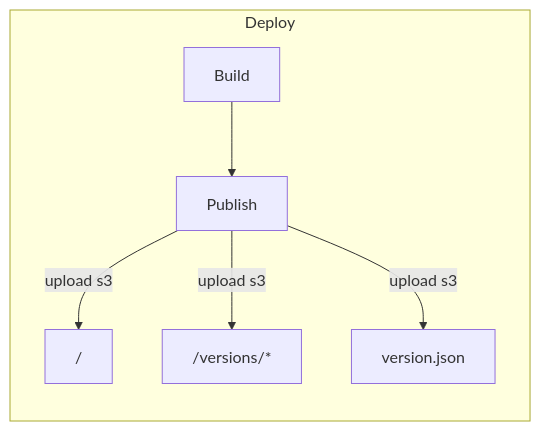
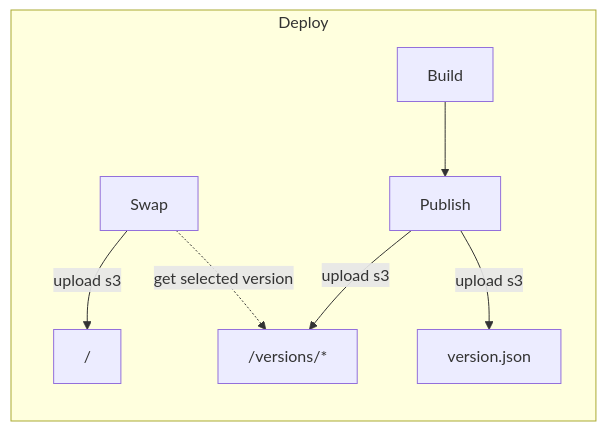
One commit to hotehrud/architecture-mmd changed the diagram in md/s3_deploy/s3_deploy.md. Above: the diagram before and after it, drawn with Mermaid.

Commit message:
배포 과정에서 swap 기능 추가 설명

````diff
--- a/md/s3_deploy/s3_deploy.md
+++ b/md/s3_deploy/s3_deploy.md
@@ -3,20 +3,22 @@
 ```mermaid
 %% S3 버전 배포
 graph LR
     %% __START
     Build --> Publish
-    Publish --> |upload s3| /
+    Swap --> |upload s3| /
+    Swap -.-> |get selected version| /versions/*
     Publish --> |upload s3| /versions/*
     Publish --> |upload s3| version.json
 
     subgraph "Deploy"
         Build
         Publish
+        Swap
         /
         /versions/*
         version.json
     end
     %% __END
 
 
 ```
````
